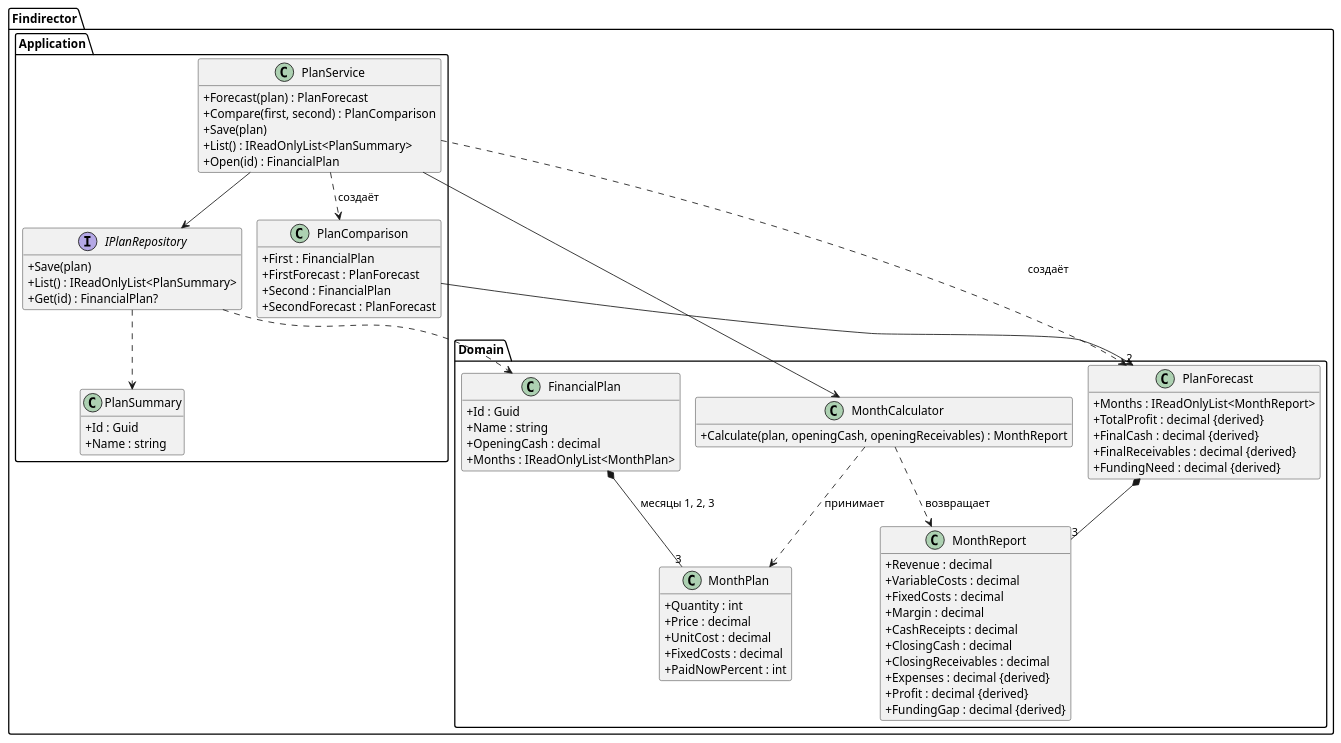
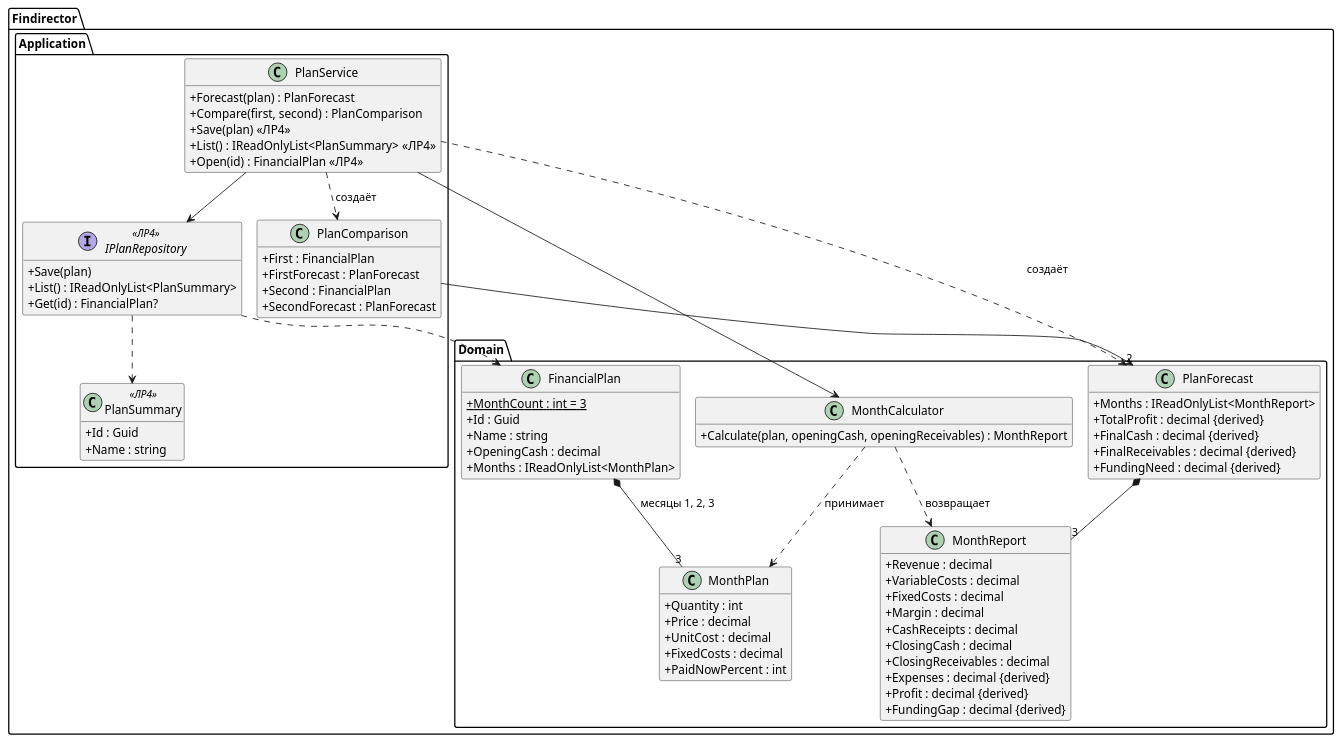
Before and after one commit to Lev12345678901234567890/Findirector: the diagram in docs/diagrams/domain.puml, drawn with PlantUML. The commit also changed 15 other files, not shown here.

```diff
--- a/docs/diagrams/domain.puml
+++ b/docs/diagrams/domain.puml
@@ -1,80 +1,81 @@
 @startuml
 !pragma layout smetana
 skinparam classAttributeIconSize 0
 hide empty members
 
 package "Findirector.Domain" {
   class FinancialPlan {
+    +{static} MonthCount : int = 3
     +Id : Guid
     +Name : string
     +OpeningCash : decimal
     +Months : IReadOnlyList<MonthPlan>
   }
   class MonthPlan {
     +Quantity : int
     +Price : decimal
     +UnitCost : decimal
     +FixedCosts : decimal
     +PaidNowPercent : int
   }
   class MonthCalculator {
     +Calculate(plan, openingCash, openingReceivables) : MonthReport
   }
   class MonthReport {
     +Revenue : decimal
     +VariableCosts : decimal
     +FixedCosts : decimal
     +Margin : decimal
     +CashReceipts : decimal
     +ClosingCash : decimal
     +ClosingReceivables : decimal
     +Expenses : decimal {derived}
     +Profit : decimal {derived}
     +FundingGap : decimal {derived}
   }
   class PlanForecast {
     +Months : IReadOnlyList<MonthReport>
     +TotalProfit : decimal {derived}
     +FinalCash : decimal {derived}
     +FinalReceivables : decimal {derived}
     +FundingNeed : decimal {derived}
   }
 }
 
 package "Findirector.Application" {
   class PlanService {
     +Forecast(plan) : PlanForecast
     +Compare(first, second) : PlanComparison
-    +Save(plan)
-    +List() : IReadOnlyList<PlanSummary>
-    +Open(id) : FinancialPlan
+    +Save(plan) <<ЛР4>>
+    +List() : IReadOnlyList<PlanSummary> <<ЛР4>>
+    +Open(id) : FinancialPlan <<ЛР4>>
   }
-  interface IPlanRepository {
+  interface IPlanRepository <<ЛР4>> {
     +Save(plan)
     +List() : IReadOnlyList<PlanSummary>
     +Get(id) : FinancialPlan?
   }
   class PlanComparison {
     +First : FinancialPlan
     +FirstForecast : PlanForecast
     +Second : FinancialPlan
     +SecondForecast : PlanForecast
   }
-  class PlanSummary {
+  class PlanSummary <<ЛР4>> {
     +Id : Guid
     +Name : string
   }
 }
 
 FinancialPlan *-- "3" MonthPlan : месяцы 1, 2, 3
 PlanForecast *-- "3" MonthReport
 MonthCalculator ..> MonthPlan : принимает
 MonthCalculator ..> MonthReport : возвращает
 PlanService --> MonthCalculator
 PlanService --> IPlanRepository
 PlanService ..> PlanForecast : создаёт
 PlanService ..> PlanComparison : создаёт
 PlanComparison --> "2" PlanForecast
 IPlanRepository ..> FinancialPlan
 IPlanRepository ..> PlanSummary
 @enduml
```
